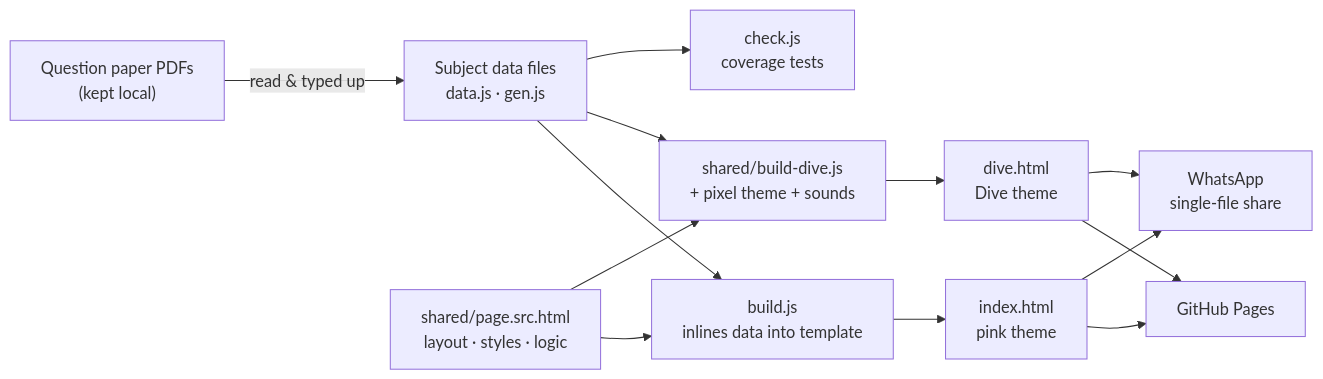
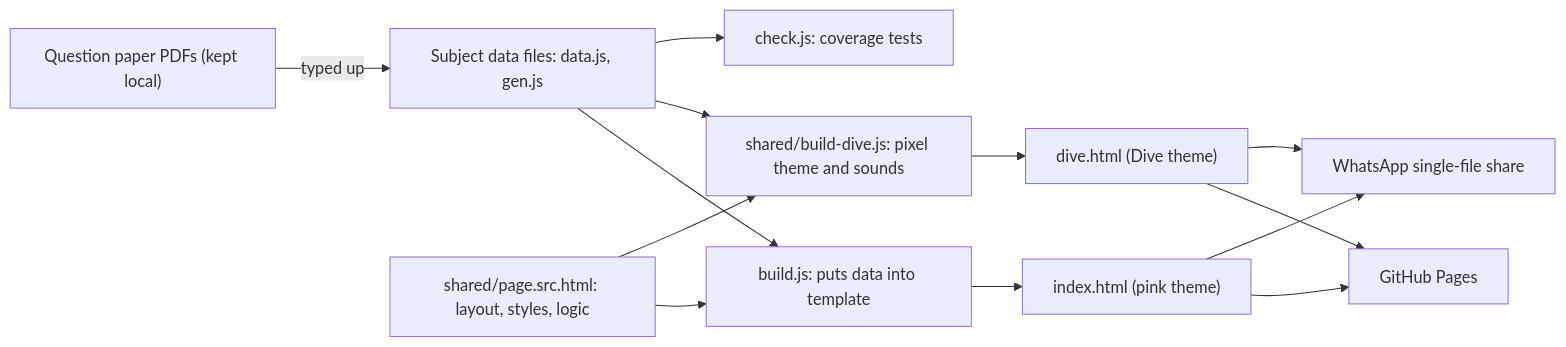
Before and after one commit to shru930/srm-sem5-pyq-hub: the first of 2 diagrams in README.md, drawn with Mermaid. The commit also changed other lines of this file, not shown here.

Commit message:
Fix README diagrams for GitHub's mermaid renderer

````diff
--- a/README.md
+++ b/README.md
@@ -212,13 +212,15 @@
 ```mermaid
 flowchart LR
-    A["Question paper PDFs<br/>(kept local)"] -->|read & typed up| B["Subject data files<br/>data.js · gen.js"]
-    T["shared/page.src.html<br/>layout · styles · logic"] --> C
-    B --> C["build.js<br/>inlines data into template"]
-    C --> D["index.html<br/>pink theme"]
-    B --> E["shared/build-dive.js<br/>+ pixel theme + sounds"]
+    A["Question paper PDFs (kept local)"] -- "typed up" --> B["Subject data files: data.js, gen.js"]
+    T["shared/page.src.html: layout, styles, logic"] --> C["build.js: puts data into template"]
+    B --> C
+    C --> D["index.html (pink theme)"]
+    B --> E["shared/build-dive.js: pixel theme and sounds"]
     T --> E
-    E --> F["dive.html<br/>Dive theme"]
-    B --> G["check.js<br/>coverage tests"]
-    D & F --> H["GitHub Pages"]
-    D & F --> I["WhatsApp<br/>single-file share"]
+    E --> F["dive.html (Dive theme)"]
+    B --> G["check.js: coverage tests"]
+    D --> H["GitHub Pages"]
+    F --> H
+    D --> I["WhatsApp single-file share"]
+    F --> I
 ```
````
